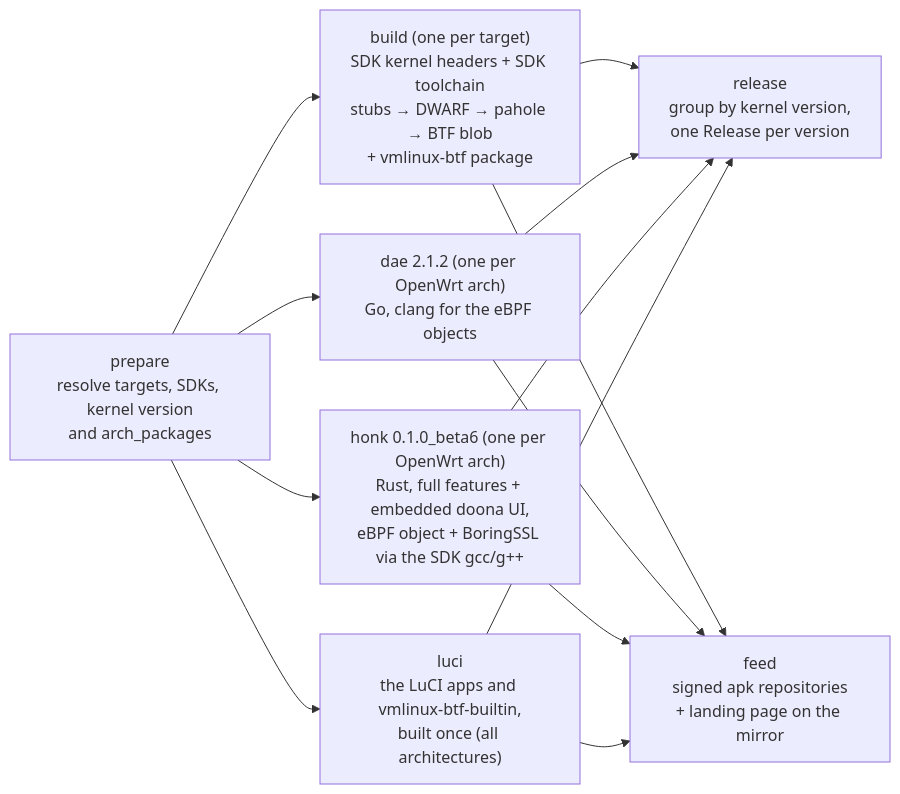
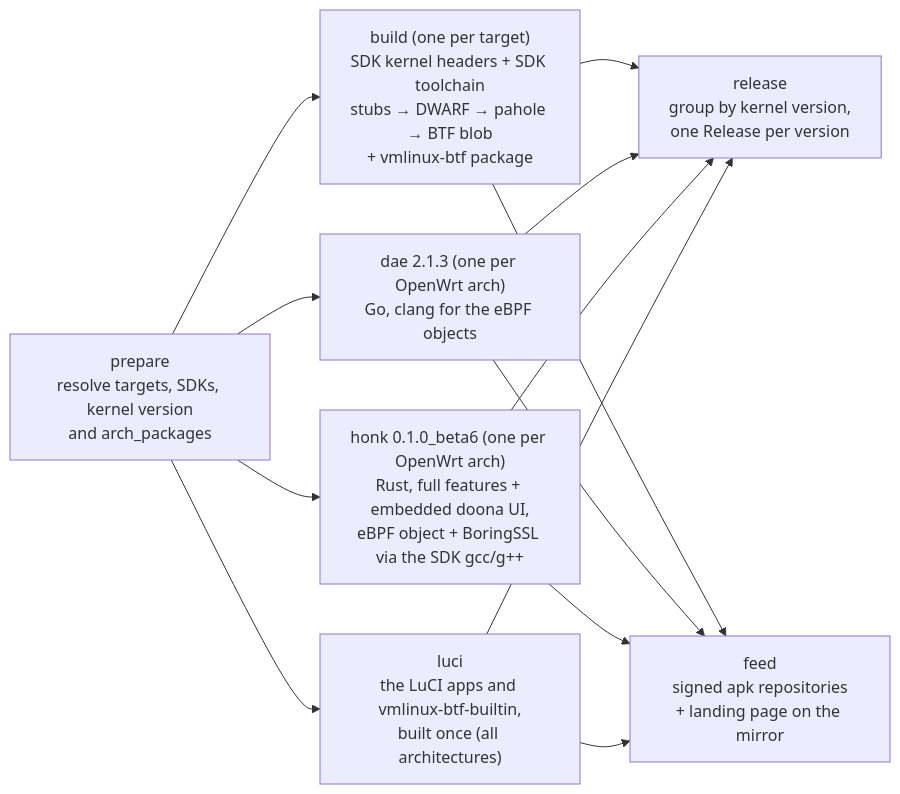
Before and after one commit to daeuniverse/openwrt-packages: the diagram in README.md, drawn with Mermaid. The commit also changed other lines of this file and 3 other files, not shown here.

````diff
--- a/README.md
+++ b/README.md
@@ -460,22 +460,22 @@
 ```mermaid
 flowchart LR
   P["prepare<br/>resolve targets, SDKs, kernel version<br/>and arch_packages"]
   K["build (one per target)<br/>SDK kernel headers + SDK toolchain<br/>stubs → DWARF → pahole → BTF blob<br/>+ vmlinux-btf package"]
-  D["dae 2.1.2 (one per OpenWrt arch)<br/>Go, clang for the eBPF objects"]
+  D["dae 2.1.3 (one per OpenWrt arch)<br/>Go, clang for the eBPF objects"]
   H["honk 0.1.0_beta6 (one per OpenWrt arch)<br/>Rust, full features + embedded doona UI,<br/>eBPF object + BoringSSL via the SDK gcc/g++"]
   L["luci<br/>the LuCI apps and vmlinux-btf-builtin,<br/>built once (all architectures)"]
   R["release<br/>group by kernel version,<br/>one Release per version"]
   F["feed<br/>signed apk repositories<br/>+ landing page on the mirror"]
   P --> K
   P --> D
   P --> H
   P --> L
   K --> R
   D --> R
   H --> R
   L --> R
   K --> F
   D --> F
   H --> F
   L --> F
 ```
````
